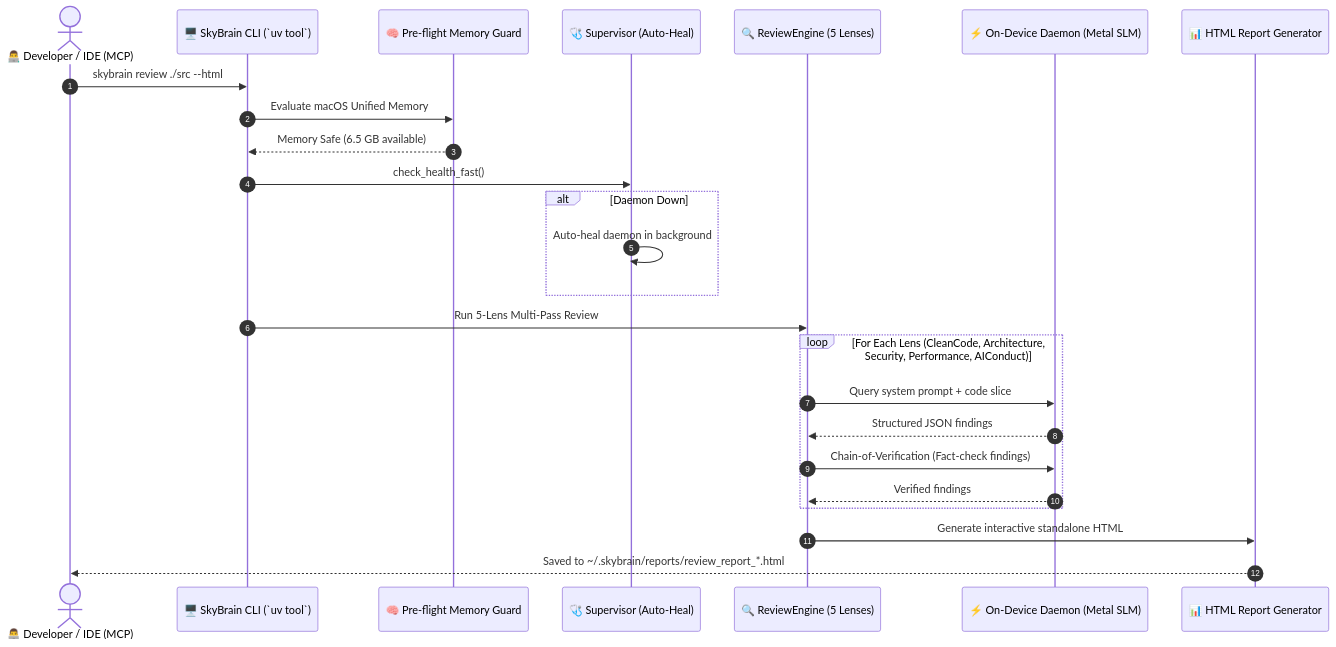
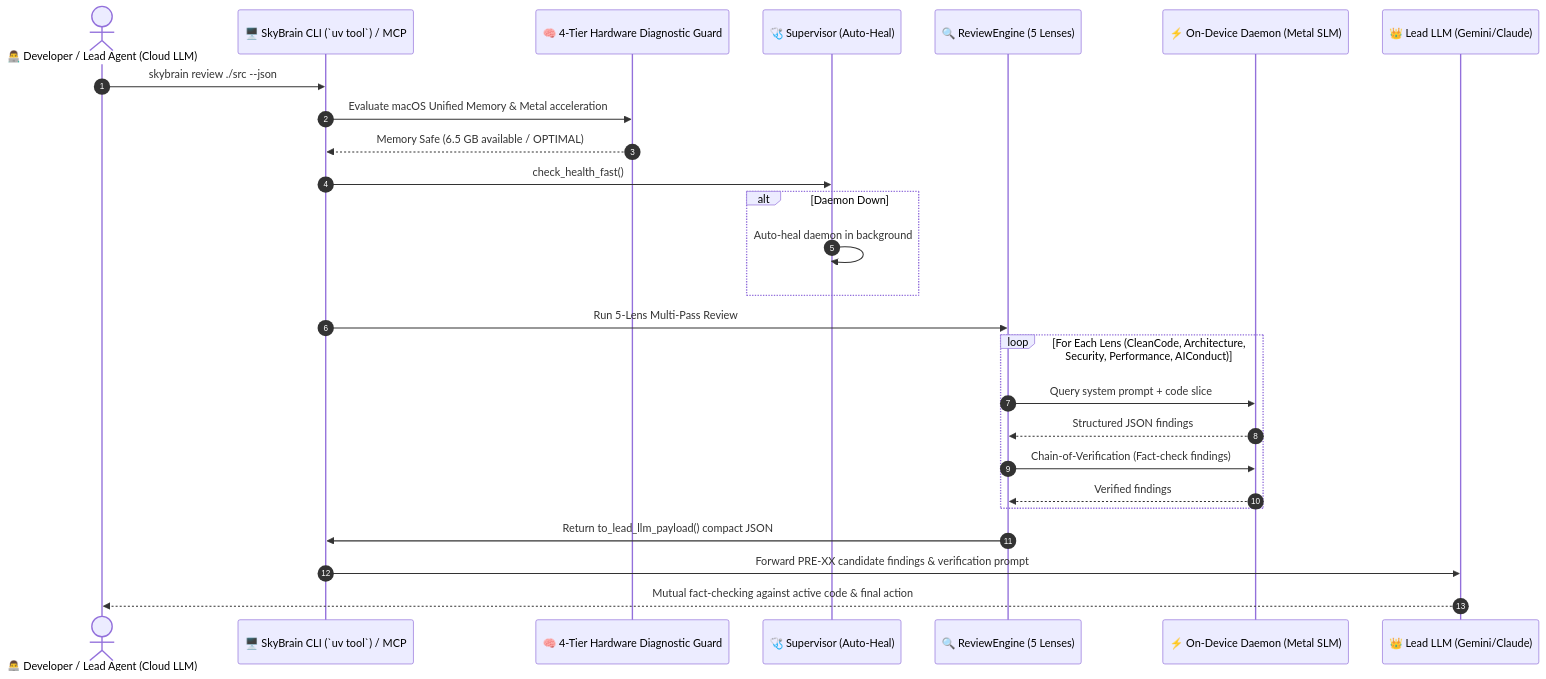
The diagram in README.md (cobuild-ai/skybrain), drawn with Mermaid before and after one commit. The commit also changed other lines of this file and 43 other files, not shown here.

Commit message:
feat(skybrain): release v0.3.0 with document intelligence, standard mcp server, and hardware guard (sanitized from 9f00711)

````diff
--- a/README.md
+++ b/README.md
@@ -91,28 +92,29 @@
 ```mermaid
 sequenceDiagram
     autonumber
-    actor Dev as 👨‍💻 Developer / IDE (MCP)
-    participant CLI as 🖥️ SkyBrain CLI (`uv tool`)
-    participant Guard as 🧠 Pre-flight Memory Guard
+    actor Dev as 👨‍💻 Developer / Lead Agent (Cloud LLM)
+    participant CLI as 🖥️ SkyBrain CLI (`uv tool`) / MCP
+    participant Guard as 🧠 4-Tier Hardware Diagnostic Guard
     participant Super as 🩺 Supervisor (Auto-Heal)
     participant Engine as 🔍 ReviewEngine (5 Lenses)
     participant Daemon as ⚡ On-Device Daemon (Metal SLM)
-    participant HTML as 📊 HTML Report Generator
+    participant Lead as 👑 Lead LLM (Gemini/Claude)
 
-    Dev->>CLI: skybrain review ./src --html
-    CLI->>Guard: Evaluate macOS Unified Memory
-    Guard-->>CLI: Memory Safe (6.5 GB available)
+    Dev->>CLI: skybrain review ./src --json
+    CLI->>Guard: Evaluate macOS Unified Memory & Metal acceleration
+    Guard-->>CLI: Memory Safe (6.5 GB available / OPTIMAL)
     CLI->>Super: check_health_fast()
     alt Daemon Down
         Super->>Super: Auto-heal daemon in background
     end
     CLI->>Engine: Run 5-Lens Multi-Pass Review
     loop For Each Lens (CleanCode, Architecture, Security, Performance, AIConduct)
         Engine->>Daemon: Query system prompt + code slice
         Daemon-->>Engine: Structured JSON findings
         Engine->>Daemon: Chain-of-Verification (Fact-check findings)
         Daemon-->>Engine: Verified findings
     end
-    Engine->>HTML: Generate interactive standalone HTML
-    HTML-->>Dev: Saved to ~/.skybrain/reports/review_report_*.html
+    Engine->>CLI: Return to_lead_llm_payload() compact JSON
+    CLI->>Lead: Forward PRE-XX candidate findings & verification prompt
+    Lead-->>Dev: Mutual fact-checking against active code & final action
 ```
````
